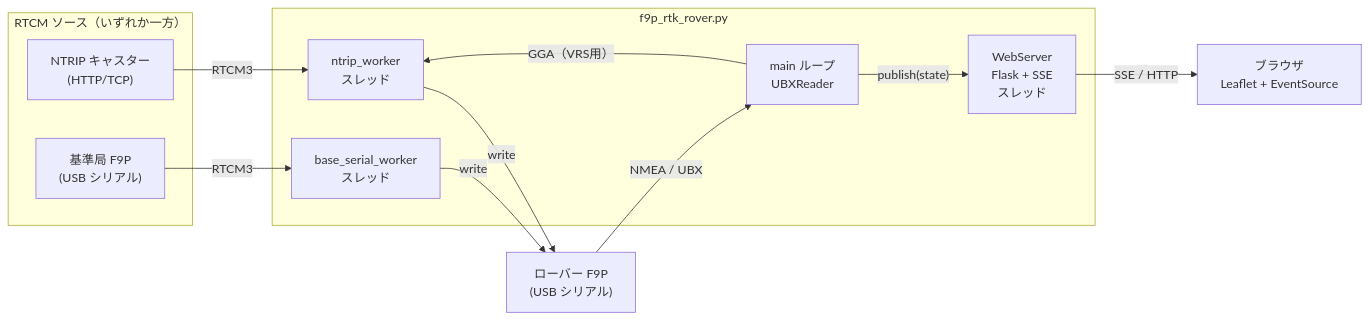
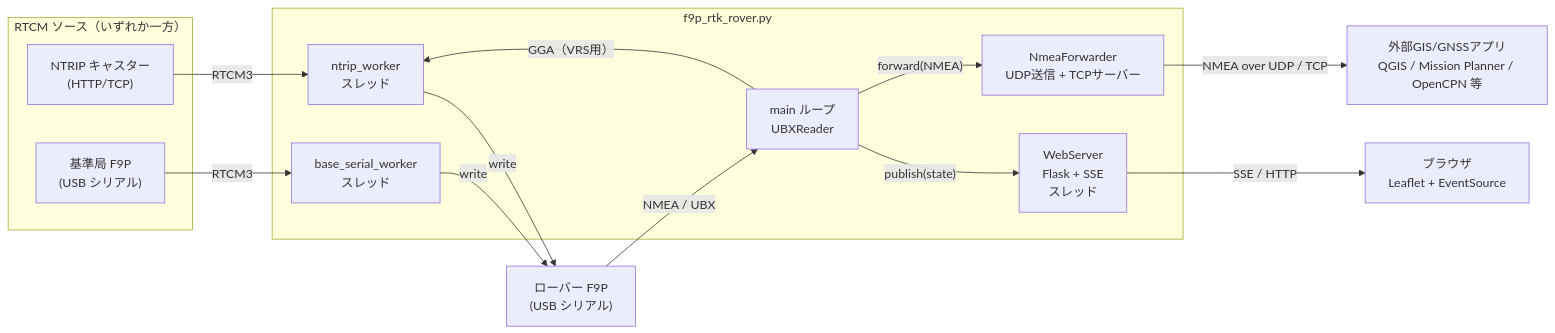
Before and after one commit to comoc/f9p-rtk-rover: the diagram in README.md, drawn with Mermaid. The commit also changed other lines of this file and 4 other files, not shown here.

First line of the commit message:
Add NMEA forwarder for external GIS/GNSS apps

````diff
--- a/README.md
+++ b/README.md
@@ -17,26 +17,37 @@
 ```mermaid
 flowchart LR
     subgraph SRC["RTCM ソース（いずれか一方）"]
         NTRIP["NTRIP キャスター<br/>(HTTP/TCP)"]
         BASE["基準局 F9P<br/>(USB シリアル)"]
     end
 
     subgraph APP["f9p_rtk_rover.py"]
         NW["ntrip_worker<br/>スレッド"]
         BW["base_serial_worker<br/>スレッド"]
         MAIN["main ループ<br/>UBXReader"]
         WS["WebServer<br/>Flask + SSE<br/>スレッド"]
     end
 
     ROVER["ローバー F9P<br/>(USB シリアル)"]
     BROWSER["ブラウザ<br/>Leaflet + EventSource"]
+    EXT["外部GIS/GNSSアプリ<br/>QGIS / Mission Planner / OpenCPN 等"]
+
+    subgraph APP
+        NW
+        BW
+        MAIN
+        WS
+        FWD["NmeaForwarder<br/>UDP送信 + TCPサーバー"]
+    end
 
     NTRIP -- "RTCM3" --> NW
     BASE  -- "RTCM3" --> BW
     NW    -- "write" --> ROVER
     BW    -- "write" --> ROVER
     ROVER -- "NMEA / UBX" --> MAIN
     MAIN  -- "GGA（VRS用）" --> NW
     MAIN  -- "publish(state)" --> WS
+    MAIN  -- "forward(NMEA)" --> FWD
     WS    -- "SSE / HTTP" --> BROWSER
+    FWD   -- "NMEA over UDP / TCP" --> EXT
 ```
````
